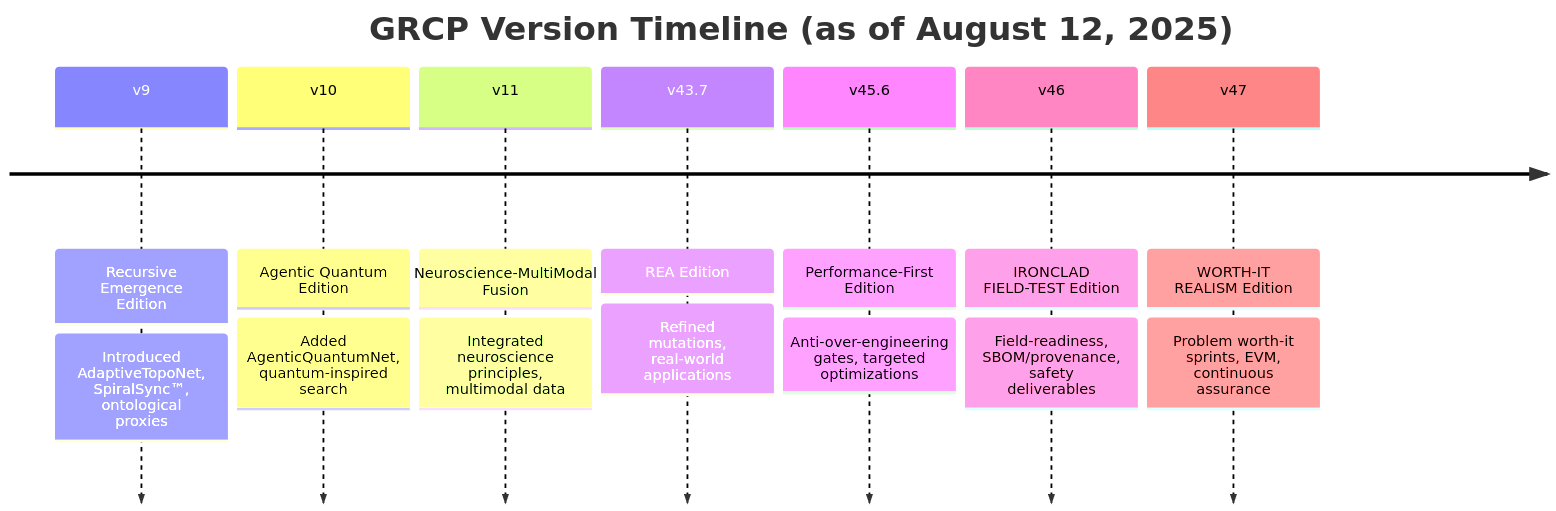
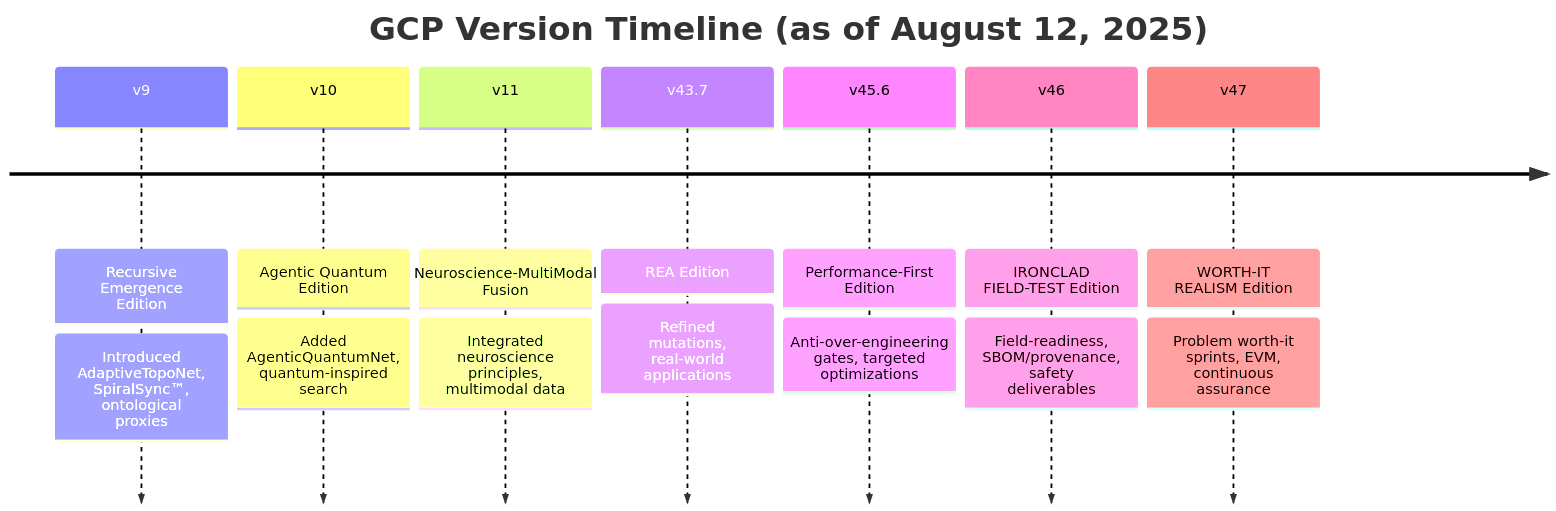
One commit to lazyxeon/Genesis-Code-Protocol changed the first of 5 diagrams in Charts.md. Above: the diagram before and after it, drawn with Mermaid. The commit also changed other lines of this file, not shown here.

````diff
--- a/Charts.md
+++ b/Charts.md
@@ -21,11 +21,11 @@
 ```mermaid
 timeline
-    title GRCP Version Timeline (as of August 12, 2025)
+    title GCP Version Timeline (as of August 12, 2025)
     v9 : Recursive Emergence Edition : Introduced AdaptiveTopoNet, SpiralSync™, ontological proxies
     v10 : Agentic Quantum Edition : Added AgenticQuantumNet, quantum-inspired search
     v11 : Neuroscience-MultiModal Fusion : Integrated neuroscience principles, multimodal data
     v43.7 : REA Edition : Refined mutations, real-world applications
     v45.6 : Performance-First Edition : Anti-over-engineering gates, targeted optimizations
     v46 : IRONCLAD FIELD-TEST Edition : Field-readiness, SBOM/provenance, safety deliverables
     v47 : WORTH-IT REALISM Edition : Problem worth-it sprints, EVM, continuous assurance
 ```
````
